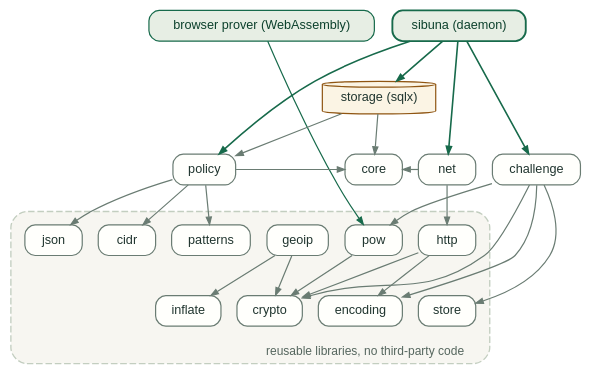
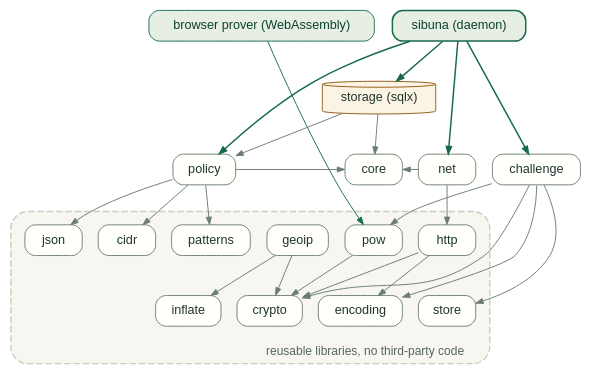
The diagram in docs/whitepaper/diagrams/crates.dot (insanai/sibuna), drawn with Graphviz before and after one commit. The commit also changed 9 other files, not shown here.

Commit message:
docs: draw the crate graphs with the guideline's strokes

```diff
--- a/docs/whitepaper/diagrams/crates.dot
+++ b/docs/whitepaper/diagrams/crates.dot
@@ -1,30 +1,30 @@
 digraph crates {
   graph [rankdir=TB, bgcolor="transparent", newrank=true, nodesep=0.16, ranksep=0.42, pad=0.2, fontname="Helvetica", fontsize=9, fontcolor="#55665e"];
-  node [shape=box, style="rounded,filled", fontname="Helvetica", fontsize=9.5, fontcolor="#20352f", color="#6a7c73", fillcolor="#fffffc", penwidth=0.9, height=0.32, width=0.6, margin="0.12,0.05"];
-  edge [color="#6a7c73", arrowsize=0.55, penwidth=0.9];
+  node [shape=box, style="rounded,filled", fontname="Helvetica", fontsize=9.5, fontcolor="#20352f", color="#6a7c73", fillcolor="#fffffc", penwidth=0.7, height=0.32, width=0.6, margin="0.12,0.05"];
+  edge [color="#6a7c73", arrowsize=0.55, penwidth=0.7];
 
-  sibuna [label="sibuna (daemon)", color="#176a4b", fillcolor="#e7eee4", fontcolor="#0c402c", penwidth=1.4];
+  sibuna [label="sibuna (daemon)", color="#176a4b", fillcolor="#e7eee4", fontcolor="#0c402c", penwidth=1.1];
   wasm [label="browser prover (WebAssembly)", color="#176a4b", fillcolor="#e7eee4", fontcolor="#0c402c"];
   storage [label="storage (sqlx)", color="#8f5512", fillcolor="#fbf4e4", shape=cylinder, style=filled];
   policy; challenge; net; core;
   subgraph cluster_reusable {
     label="reusable libraries, no third-party code"; labelloc=b; labeljust=r; style="dashed,rounded,filled"; color="#c3cec0"; fillcolor="#f7f6f1"; margin=10;
     geoip; inflate; cidr; json; patterns; http; encoding; crypto; pow; store;
   }
   { rank=same; wasm; sibuna; }
   { rank=same; policy; core; net; challenge; }
   { rank=same; geoip; cidr; json; patterns; http; pow; }
   { rank=same; inflate; encoding; crypto; store; }
 
-  sibuna -> policy [color="#176a4b", penwidth=1.2]; sibuna -> storage [color="#176a4b", penwidth=1.2];
-  sibuna -> net [color="#176a4b", penwidth=1.2]; sibuna -> challenge [color="#176a4b", penwidth=1.2];
+  sibuna -> policy [color="#176a4b", penwidth=1.1]; sibuna -> storage [color="#176a4b", penwidth=1.1];
+  sibuna -> net [color="#176a4b", penwidth=1.1]; sibuna -> challenge [color="#176a4b", penwidth=1.1];
   storage -> policy; storage -> core;
   policy -> cidr; policy -> json; policy -> patterns; policy -> core;
   core -> net [dir=back];
   net -> http;
   http -> encoding; http -> crypto;
   geoip -> inflate; geoip -> crypto;
   challenge -> encoding; challenge -> crypto; challenge -> pow; challenge -> store;
   pow -> crypto;
   wasm -> pow [color="#176a4b"];
 }
```
